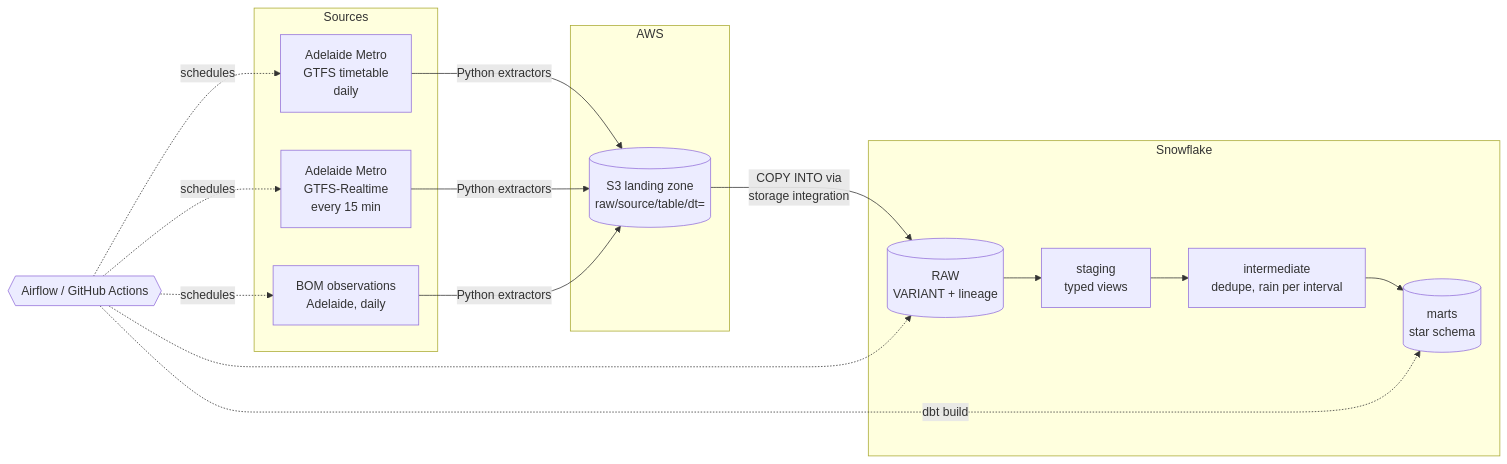
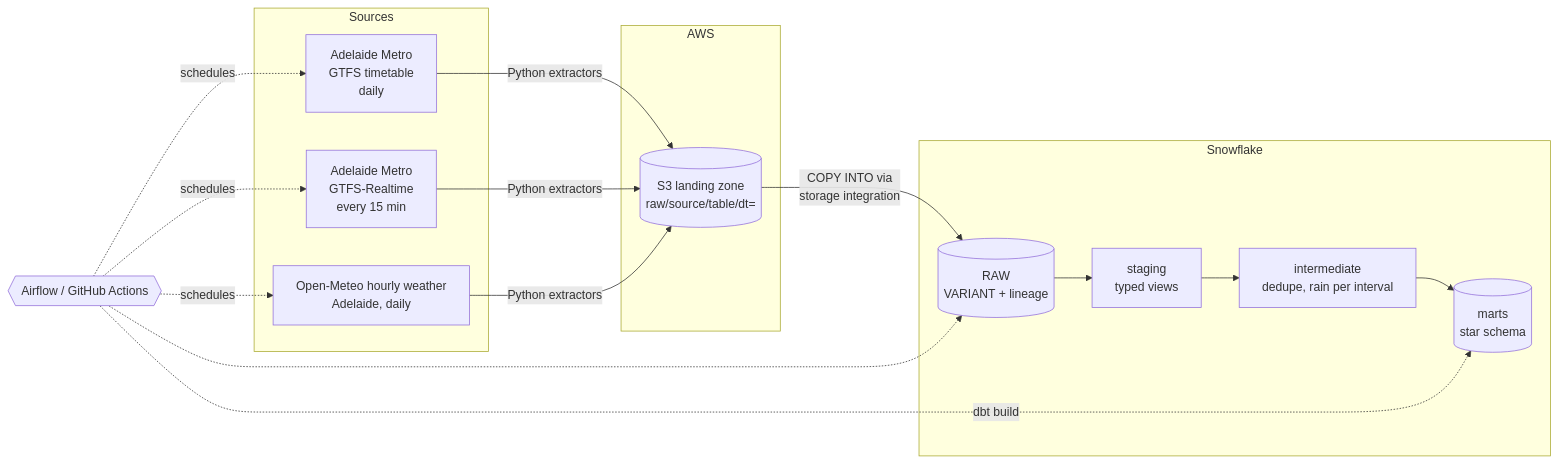
The first of 2 diagrams in README.md (jnithish1/adelaide-transit-pipeline), drawn with Mermaid before and after one commit. The commit also changed other lines of this file and 24 other files, not shown here.

First line of the commit message:
Switch weather source from BOM to Open-Meteo

````diff
--- a/README.md
+++ b/README.md
@@ -11,23 +11,23 @@
 ```mermaid
 flowchart LR
     subgraph Sources
         A[Adelaide Metro<br/>GTFS timetable<br/>daily]
         B[Adelaide Metro<br/>GTFS-Realtime<br/>every 15 min]
-        C[BOM observations<br/>Adelaide, daily]
+        C[Open-Meteo hourly weather<br/>Adelaide, daily]
     end
     subgraph AWS
         S3[(S3 landing zone<br/>raw/source/table/dt=)]
     end
     subgraph Snowflake
         RAW[(RAW<br/>VARIANT + lineage)]
         STG[staging<br/>typed views]
         INT[intermediate<br/>dedupe, rain per interval]
         MART[(marts<br/>star schema)]
     end
     A & B & C -->|Python extractors| S3
     S3 -->|COPY INTO via<br/>storage integration| RAW
     RAW --> STG --> INT --> MART
     ORCH{{Airflow / GitHub Actions}} -.schedules.-> A & B & C
     ORCH -.-> RAW
     ORCH -.dbt build.-> MART
 ```
````
